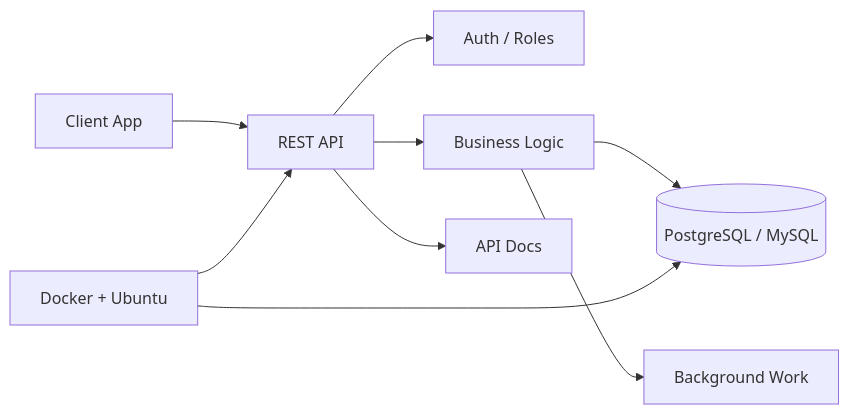
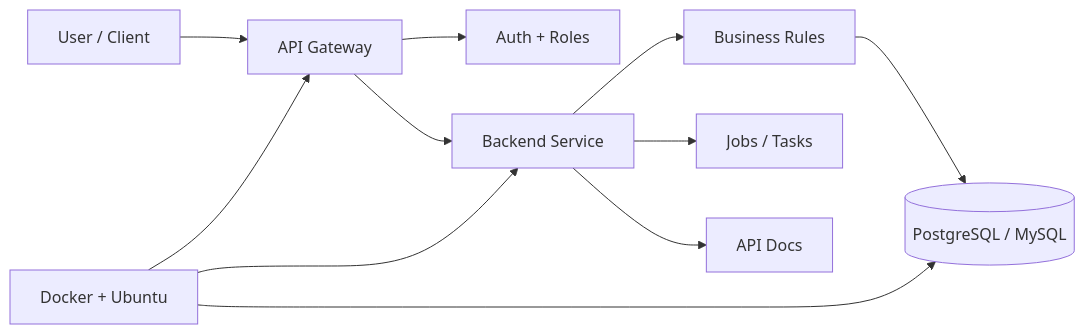
Before and after one commit to chhembunheng/chhembunheng: the diagram in README.md, drawn with Mermaid. The commit also changed other lines of this file, not shown here.

````diff
--- a/README.md
+++ b/README.md
@@ -58,11 +95,13 @@
 ```mermaid
 flowchart LR
-    Client["Client App"] --> API["REST API"]
-    API --> Auth["Auth / Roles"]
-    API --> Logic["Business Logic"]
-    Logic --> DB[("PostgreSQL / MySQL")]
-    Logic --> Jobs["Background Work"]
-    API --> Docs["API Docs"]
-    Runtime["Docker + Ubuntu"] --> API
+    User["User / Client"] --> Gateway["API Gateway"]
+    Gateway --> Auth["Auth + Roles"]
+    Gateway --> Service["Backend Service"]
+    Service --> Rules["Business Rules"]
+    Rules --> DB[("PostgreSQL / MySQL")]
+    Service --> Queue["Jobs / Tasks"]
+    Service --> Docs["API Docs"]
+    Runtime["Docker + Ubuntu"] --> Gateway
+    Runtime --> Service
     Runtime --> DB
 ```
````
